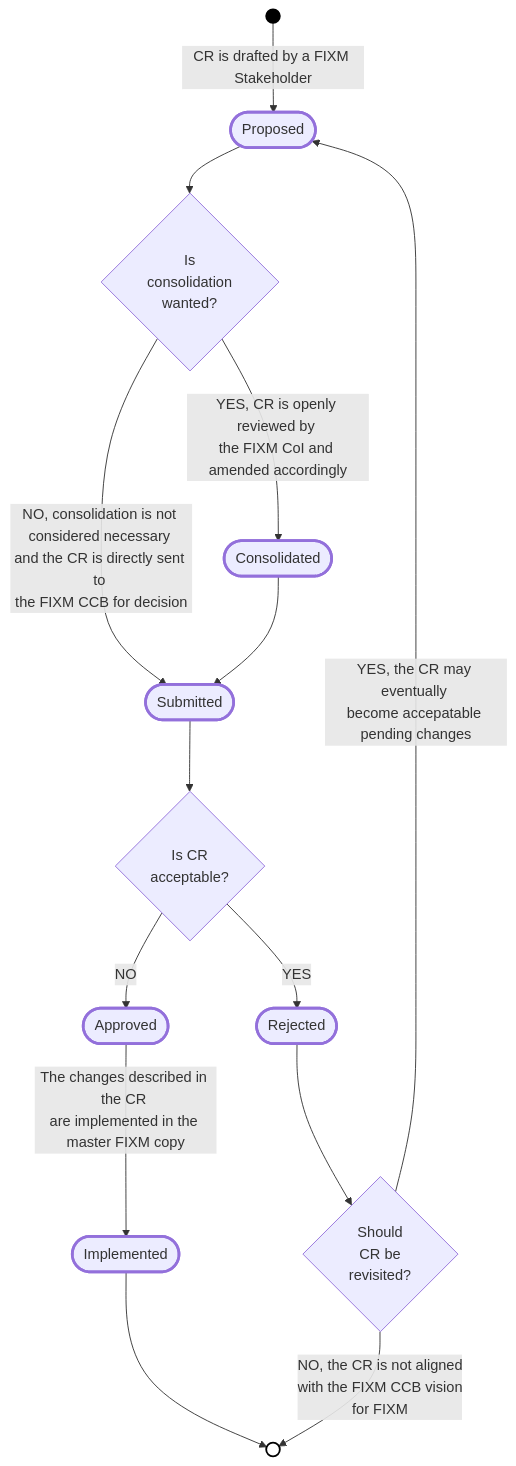
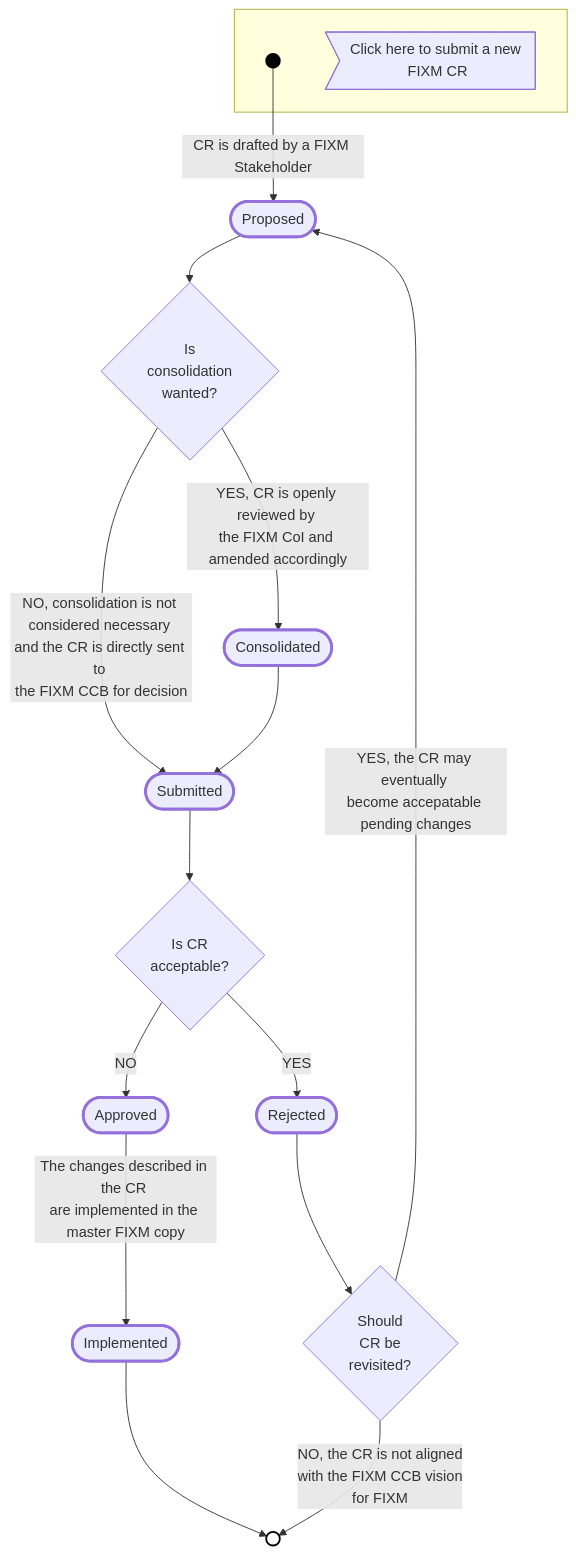
Before and after one commit to du-lapin/test_docsify: the second of 2 diagrams in docs/fixm/charter.md, drawn with Mermaid. The commit also changed other lines of this file, not shown here.

````diff
--- a/docs/fixm/charter.md
+++ b/docs/fixm/charter.md
@@ -209,39 +210,44 @@
 ```mermaid
 graph TD
 INITIAL_STATE(( ))
 END_STATE(( ))
 PROPOSED([Proposed])
 CONSOLIDATED([Consolidated])
 SUBMITTED([Submitted])
 REJECTED([Rejected])
 APPROVED([Approved])
 IMPLEMENTED([Implemented])
 is_consolidation_wanted{Is<br>consolidation<br>wanted?}
 is_CR_acceptable{Is CR<br>acceptable?}
 should_CR_be_revisited{Should<br>CR be<br>revisited?}
 
 INITIAL_STATE --> |CR is drafted by a FIXM Stakeholder| PROPOSED
 PROPOSED --> is_consolidation_wanted
 is_consolidation_wanted --> |NO, consolidation is not considered necessary <br>and the CR is directly sent to <br>the FIXM CCB for decision| SUBMITTED
 is_consolidation_wanted --> |YES, CR is openly reviewed by <br>the FIXM CoI and amended accordingly| CONSOLIDATED
 CONSOLIDATED --> | | SUBMITTED
 SUBMITTED --> | | is_CR_acceptable
 is_CR_acceptable --> |YES| REJECTED
 is_CR_acceptable --> |NO| APPROVED
 APPROVED --> |The changes described in the CR <br>are implemented in the master FIXM copy| IMPLEMENTED
 IMPLEMENTED --> END_STATE
 REJECTED --> should_CR_be_revisited
 should_CR_be_revisited --> |YES, the CR may eventually <br>become accepatable <br>pending changes| PROPOSED
 should_CR_be_revisited --> |NO, the CR is not aligned <br>with the FIXM CCB vision <br>for FIXM| END_STATE
 
 style INITIAL_STATE fill:black,stroke:black,stroke-width:2px
 style END_STATE fill:white,stroke:black,stroke-width:2px
 style PROPOSED stroke-width:3px
 style CONSOLIDATED stroke-width:3px
 style SUBMITTED stroke-width:3px
 style REJECTED stroke-width:3px
 style APPROVED stroke-width:3px
 style IMPLEMENTED stroke-width:3px
 
-click INITIAL_STATE "https://ost.eurocontrol.int/sites/FIXM/Change%20Requests/Forms/AllItems.aspx" "Click to issue a new change request" _blank
+subgraph click_here_to_submit_a_cr [ ]
+INITIAL_STATE
+CLICK_HERE>Click here to submit a new FIXM CR]
+end click_here_to_submit_a_cr
+
+click CLICK_HERE "https://ost.eurocontrol.int/sites/FIXM/Change%20Requests/Forms/AllItems.aspx" "Click to issue a new change request" _blank
 ```
````
